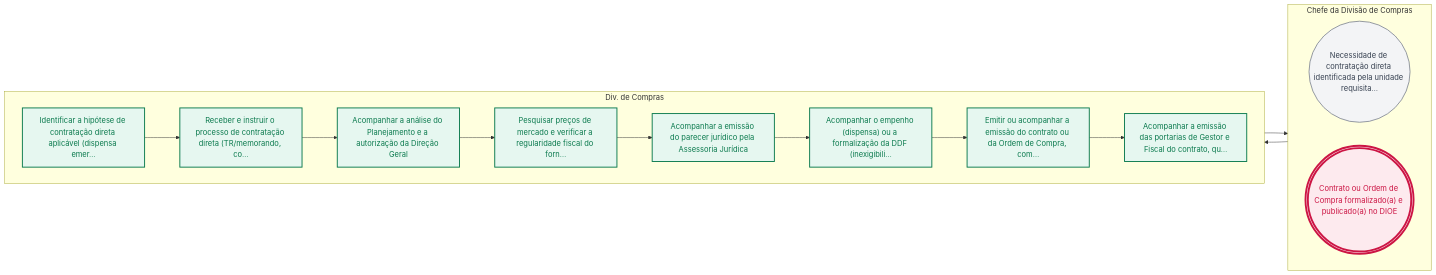
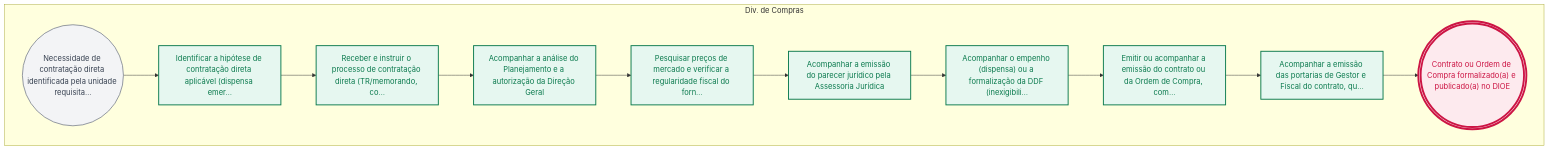
One commit to jessefers/canvas-vivo-atdg changed the second of 2 diagrams in pops/DCOM/DCOM-00.md. Above: the diagram before and after it, drawn with Mermaid. The commit also changed other lines of this file and 44 other files, not shown here.

````diff
--- a/pops/DCOM/DCOM-00.md
+++ b/pops/DCOM/DCOM-00.md
@@ -174,37 +174,34 @@
 ```mermaid
 flowchart LR
-  subgraph R1["Chefe da Divisão de Compras"]
-    direction LR
-    e1(("Necessidade de contratação direta identificada pela unidade requisita…"))
-    e10((("Contrato ou Ordem de Compra formalizado(a) e publicado(a) no DIOE")))
-  end
-  subgraph R2["Div. de Compras"]
+  subgraph R1["Div. de Compras"]
     direction LR
     e2["Identificar a hipótese de contratação direta aplicável (dispensa emer…"]
     e3["Receber e instruir o processo de contratação direta (TR/memorando, co…"]
     e4["Acompanhar a análise do Planejamento e a autorização da Direção Geral"]
     e5["Pesquisar preços de mercado e verificar a regularidade fiscal do forn…"]
     e6["Acompanhar a emissão do parecer jurídico pela Assessoria Jurídica"]
     e7["Acompanhar o empenho (dispensa) ou a formalização da DDF (inexigibili…"]
     e8["Emitir ou acompanhar a emissão do contrato ou da Ordem de Compra, com…"]
     e9["Acompanhar a emissão das portarias de Gestor e Fiscal do contrato, qu…"]
+    e1(("Necessidade de contratação direta identificada pela unidade requisita…"))
+    e10((("Contrato ou Ordem de Compra formalizado(a) e publicado(a) no DIOE")))
   end
-  e1 --> e2
   e2 --> e3
   e3 --> e4
   e4 --> e5
   e5 --> e6
   e6 --> e7
   e7 --> e8
   e8 --> e9
+  e1 --> e2
   e9 --> e10
   classDef inicio fill:#f3f4f6,stroke:#6b7280,stroke-width:1.5px,color:#374151
   classDef atividade fill:#E6F7F0,stroke:#0B7A4E,stroke-width:2px,color:#0B7A4E
   classDef decisao fill:#FFF4ED,stroke:#C9783A,stroke-width:2px,color:#C9783A
   classDef fim fill:#FDEAEE,stroke:#CC1544,stroke-width:4px,color:#CC1544
   classDef pausa fill:#FDEAEE,stroke:#CC1544,stroke-width:2px,color:#CC1544
   classDef captura fill:#E0F2F8,stroke:#0B4D66,stroke-width:2px,color:#0B4D66
+  class e2,e3,e4,e5,e6,e7,e8,e9 atividade
   class e1 inicio
-  class e2,e3,e4,e5,e6,e7,e8,e9 atividade
   class e10 fim
 ```
````
